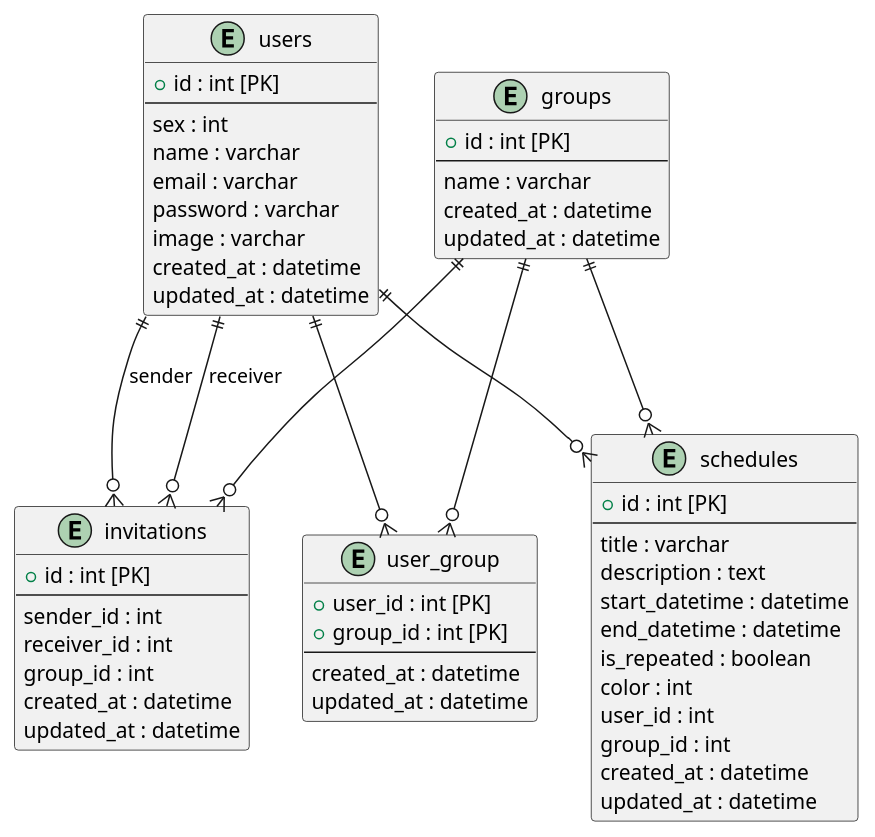
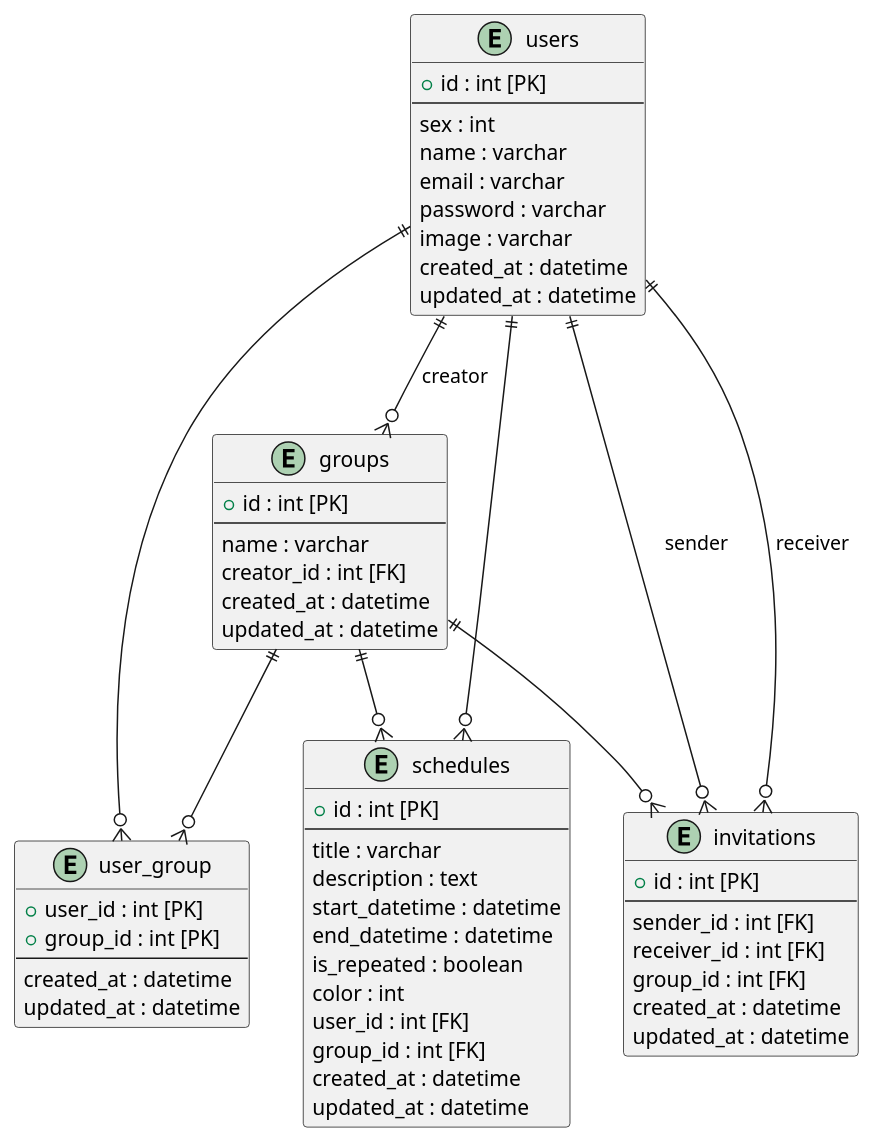
The diagram in ER.pu (bwkw/sharely), drawn with PlantUML before and after one commit.

Commit message:
:sparkles: Update ER

```diff
--- a/ER.pu
+++ b/ER.pu
@@ -1,64 +1,66 @@
 @startuml
 
 entity "users" as users {
     + id : int [PK]
     --
     sex : int
     name : varchar
     email : varchar
     password : varchar
     image : varchar
     created_at : datetime
     updated_at : datetime
 }
 
 entity "groups" as groups {
     + id : int [PK]
     --
     name : varchar
+    creator_id : int [FK]
     created_at : datetime
     updated_at : datetime
 }
 
 entity "user_group" as user_group {
     + user_id : int [PK]
     + group_id : int [PK]
     --
     created_at : datetime
     updated_at : datetime
 }
 
 entity "schedules" as schedules {
     + id : int [PK]
     --
     title : varchar
     description : text
     start_datetime : datetime
     end_datetime : datetime
     is_repeated : boolean
     color : int
-    user_id : int
-    group_id : int
+    user_id : int [FK]
+    group_id : int [FK]
     created_at : datetime
     updated_at : datetime
 }
 
 entity "invitations" as invitations {
     + id : int [PK]
     --
-    sender_id : int
-    receiver_id : int
-    group_id : int
+    sender_id : int [FK]
+    receiver_id : int [FK]
+    group_id : int [FK]
     created_at : datetime
     updated_at : datetime
 }
 
 users ||--o{ user_group
 groups ||--o{ user_group
 users ||--o{ schedules
 groups ||--o{ schedules
+users ||--o{ groups : creator
 users ||--o{ invitations : sender
 users ||--o{ invitations : receiver
 groups ||--o{ invitations
 
 @enduml
```
